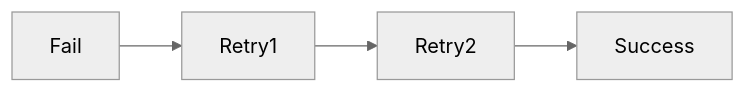
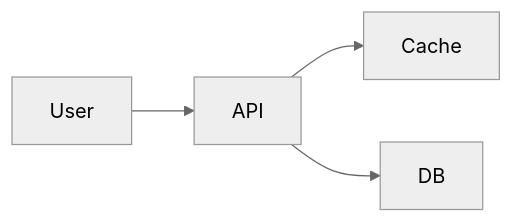
One commit to dbajajmnk/systemdesign changed the sixth of 10 diagrams in systemdesign/8. Reliability and Fault Tolerance/How.md. Above: the diagram before and after it, drawn with Mermaid (neutral theme). The commit also changed other lines of this file and 4 other files, not shown here.

````diff
--- a/systemdesign/8. Reliability and Fault Tolerance/How.md
+++ b/systemdesign/8. Reliability and Fault Tolerance/How.md
@@ -152,4 +242,6 @@
 ```mermaid
 flowchart LR
-    A[Fail] --> Retry1 --> Retry2 --> Success
+User --> API
+API --> Cache
+API --> DB
 ```
````
